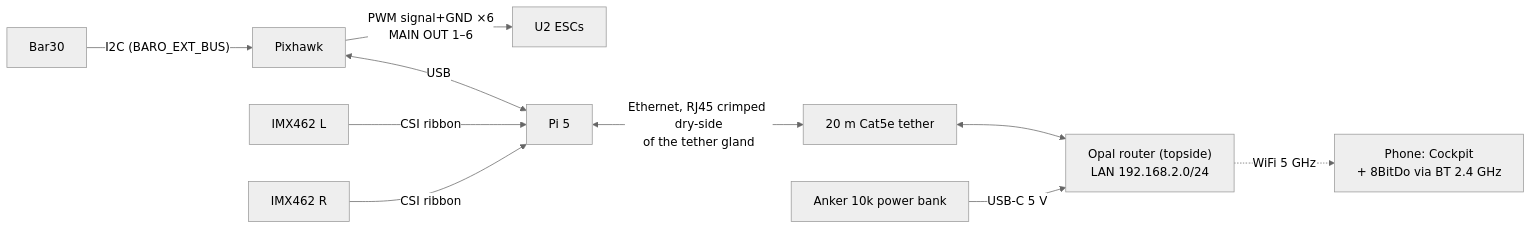
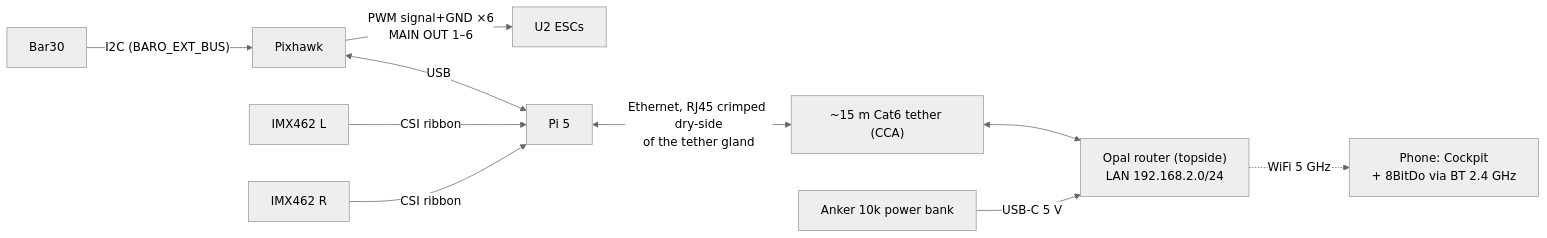
One commit to rolker/carp changed the second of 2 diagrams in docs/wiring.md. Above: the diagram before and after it, drawn with Mermaid (neutral theme). The commit also changed other lines of this file and 7 other files, not shown here.

````diff
--- a/docs/wiring.md
+++ b/docs/wiring.md
@@ -20,12 +20,12 @@
 ```mermaid
 flowchart LR
     PX["Pixhawk"] -->|"PWM signal+GND ×6<br/>MAIN OUT 1–6"| ESC["U2 ESCs"]
     BAR["Bar30"] -->|"I2C (BARO_EXT_BUS)"| PX
     PX <-->|USB| PI["Pi 5"]
     CAM1["IMX462 L"] -->|CSI ribbon| PI
     CAM2["IMX462 R"] -->|CSI ribbon| PI
-    PI <-->|"Ethernet, RJ45 crimped dry-side<br/>of the tether gland"| TETHER["20 m Cat5e tether"]
+    PI <-->|"Ethernet, RJ45 crimped dry-side<br/>of the tether gland"| TETHER["~15 m Cat6 tether (CCA)"]
     TETHER <--> OPAL["Opal router (topside)<br/>LAN 192.168.2.0/24"]
     OPAL -.->|WiFi 5 GHz| PHONE["Phone: Cockpit<br/>+ 8BitDo via BT 2.4 GHz"]
     BANK["Anker 10k power bank"] -->|USB-C 5 V| OPAL
 ```
````
